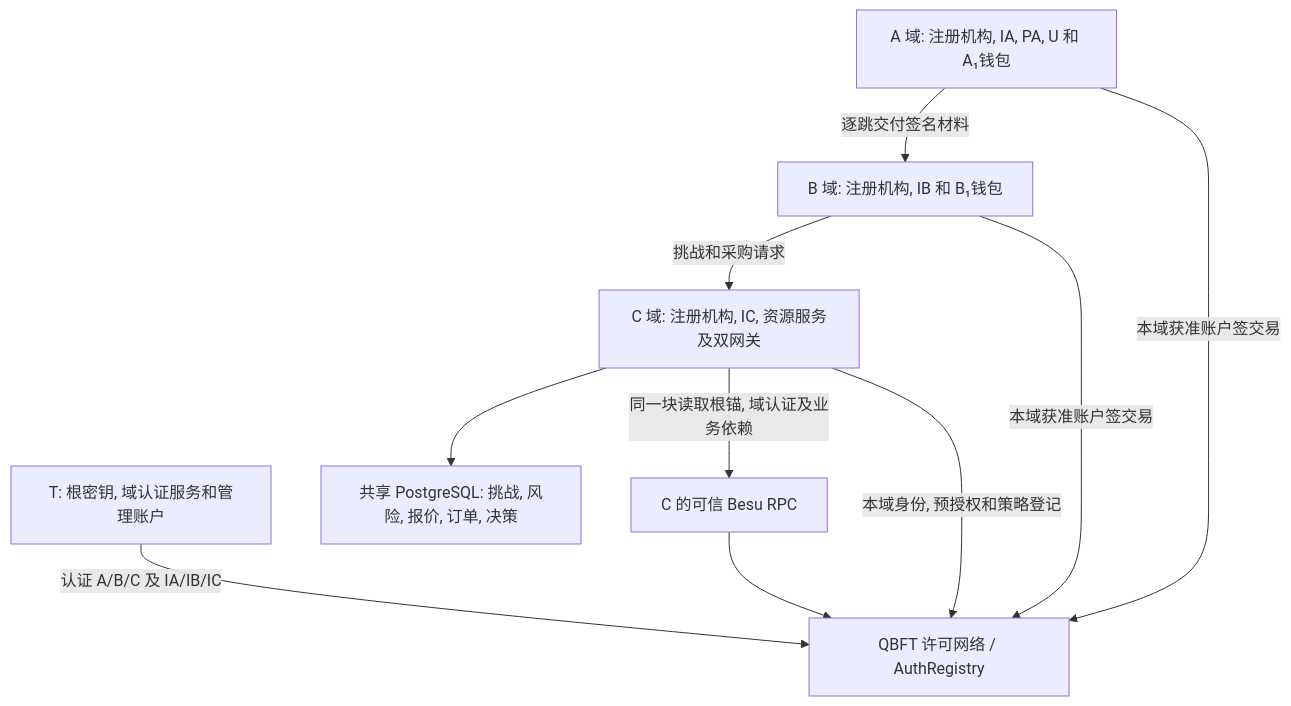
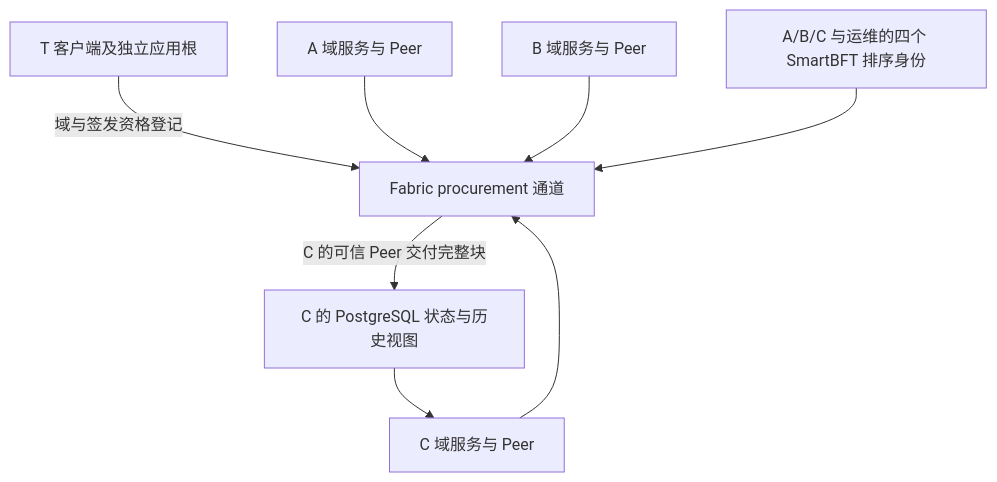
One commit to yjydist/graduation-design changed the diagram in docs/implementation/部署与链上登记.md. Above: the diagram before and after it, drawn with Mermaid. The commit also changed other lines of this file and 2839 other files, not shown here.

First line of the commit message:
feat(fabric): migrated D0 ledger from Besu to Fabric registry chaincode

````diff
--- a/docs/implementation/部署与链上登记.md
+++ b/docs/implementation/部署与链上登记.md
@@ -5,12 +5,10 @@
 ```mermaid
 flowchart TB
-    T["T: 根密钥, 域认证服务和管理账户"] -->|"认证 A/B/C 及 IA/IB/IC"| L["QBFT 许可网络 / AuthRegistry"]
-    A["A 域: 注册机构, IA, PA, U 和 A₁钱包"] -->|"逐跳交付签名材料"| B["B 域: 注册机构, IB 和 B₁钱包"]
-    B -->|"挑战和采购请求"| C["C 域: 注册机构, IC, 资源服务及双网关"]
-    C --> P["共享 PostgreSQL: 挑战, 风险, 报价, 订单, 决策"]
-    C -->|"同一块读取根锚, 域认证及业务依赖"| R["C 的可信 Besu RPC"]
-    A -->|"本域获准账户签交易"| L
-    B -->|"本域获准账户签交易"| L
-    C -->|"本域身份, 预授权和策略登记"| L
-    R --> L
+    T["T 客户端及独立应用根"] -->|"域与签发资格登记"| L["Fabric procurement 通道"]
+    A["A 域服务与 Peer"] --> L
+    B["B 域服务与 Peer"] --> L
+    C["C 域服务与 Peer"] --> L
+    S["A/B/C 与运维的四个 SmartBFT 排序身份"] --> L
+    L -->|"C 的可信 Peer 交付完整块"| V["C 的 PostgreSQL 状态与历史视图"]
+    V --> C
 ```
````
